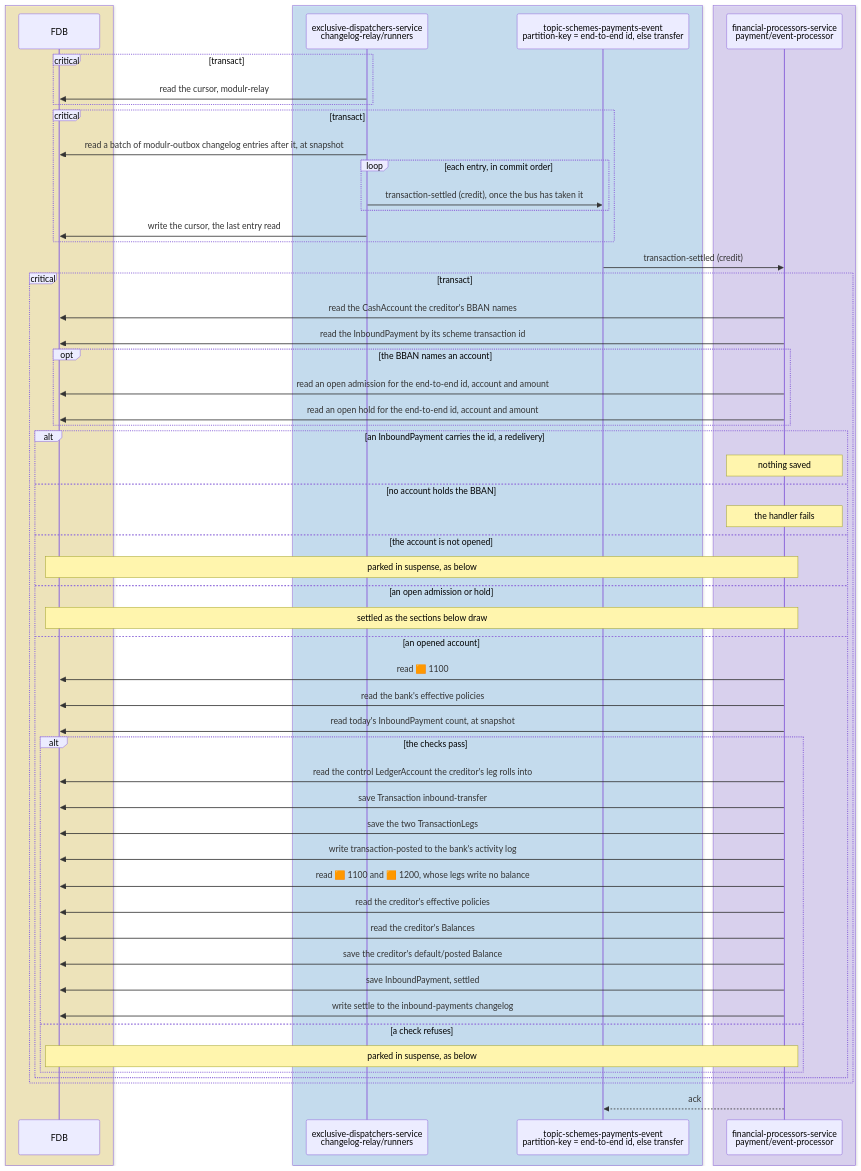
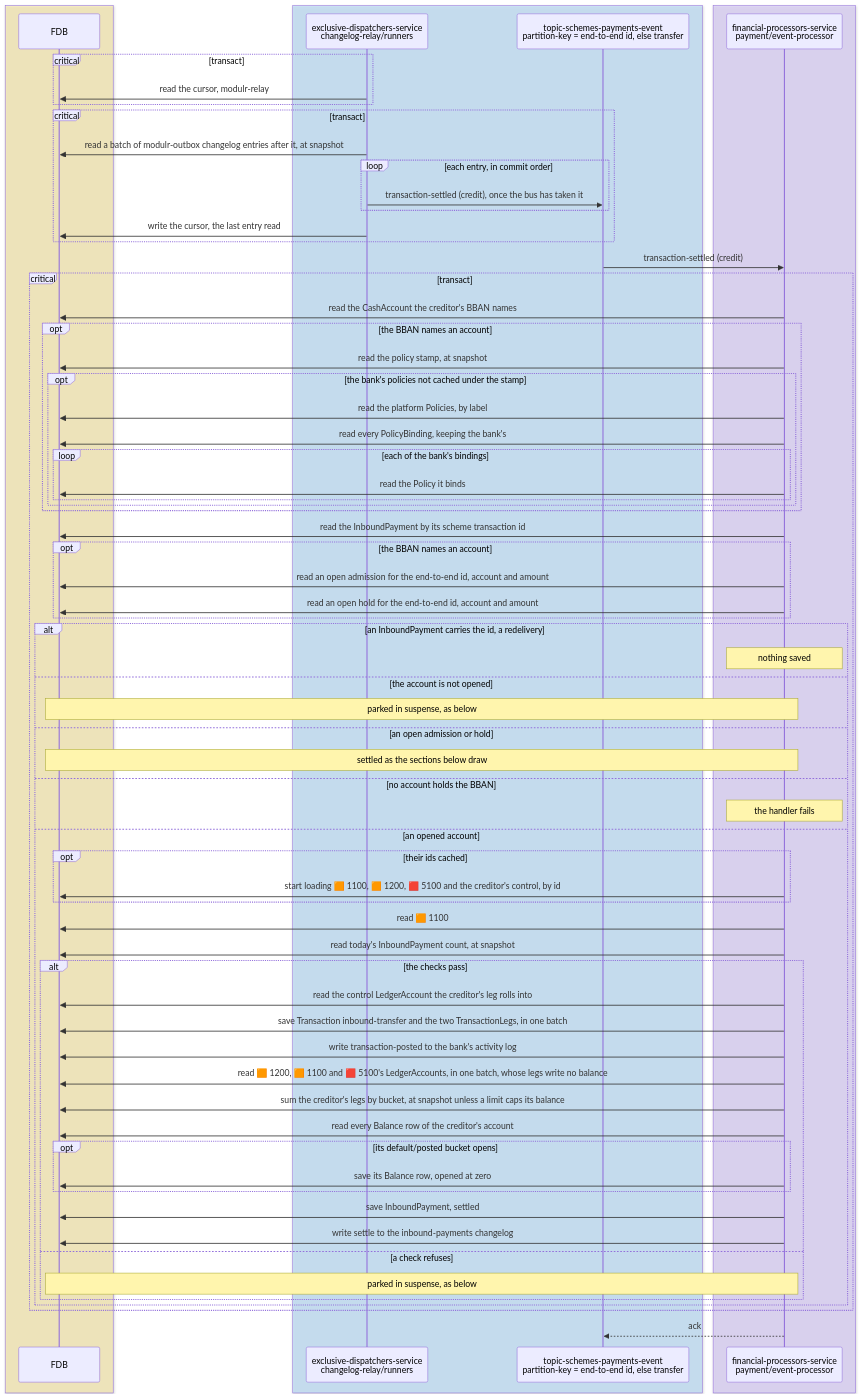
Before and after one commit to repldriven/queenswood: the third of 15 diagrams in docs/tdd/payments-inbound.md, drawn with Mermaid. The commit also changed other lines of this file and 2 other files, not shown here.

Commit message:
Draw each payment flow's FDB calls as the code makes them: balances summed from legs and a row saved only where a bucket opens, batched reads and saves, the policy stamp and the ledger account id cache, and the intent poller's limited reads, rounds and concurrent reconciles

````diff
--- a/docs/tdd/payments-inbound.md
+++ b/docs/tdd/payments-inbound.md
@@ -149,60 +152,73 @@
 ```mermaid
 sequenceDiagram
     box rgba(255, 236, 153, 0.5)
     participant DB as FDB
     end
     box rgba(165, 216, 255, 0.45)
     participant OR as exclusive-dispatchers-service<br/>changelog-relay/runners
     participant SE as topic-schemes-payments-event<br/>partition-key = end-to-end id, else transfer
     end
     box rgba(208, 191, 255, 0.45)
     participant PE as financial-processors-service<br/>payment/event-processor
     end
     critical transact
     OR->>DB: read the cursor, modulr-relay
     end
     critical transact
     OR->>DB: read a batch of modulr-outbox changelog entries after it, at snapshot
     loop each entry, in commit order
     OR->>SE: transaction-settled (credit), once the bus has taken it
     end
     OR->>DB: write the cursor, the last entry read
     end
     SE->>PE: transaction-settled (credit)
     critical transact
     PE->>DB: read the CashAccount the creditor's BBAN names
+    opt the BBAN names an account
+    PE->>DB: read the policy stamp, at snapshot
+    opt the bank's policies not cached under the stamp
+    PE->>DB: read the platform Policies, by label
+    PE->>DB: read every PolicyBinding, keeping the bank's
+    loop each of the bank's bindings
+    PE->>DB: read the Policy it binds
+    end
+    end
+    end
     PE->>DB: read the InboundPayment by its scheme transaction id
     opt the BBAN names an account
     PE->>DB: read an open admission for the end-to-end id, account and amount
     PE->>DB: read an open hold for the end-to-end id, account and amount
     end
     alt an InboundPayment carries the id, a redelivery
     Note over PE: nothing saved
-    else no account holds the BBAN
-    Note over PE: the handler fails
     else the account is not opened
     Note over PE,DB: parked in suspense, as below
     else an open admission or hold
     Note over PE,DB: settled as the sections below draw
+    else no account holds the BBAN
+    Note over PE: the handler fails
     else an opened account
+    opt their ids cached
+    PE->>DB: start loading 🟧 1100, 🟧 1200, 🟥 5100 and the creditor's control, by id
+    end
     PE->>DB: read 🟧 1100
-    PE->>DB: read the bank's effective policies
     PE->>DB: read today's InboundPayment count, at snapshot
     alt the checks pass
     PE->>DB: read the control LedgerAccount the creditor's leg rolls into
-    PE->>DB: save Transaction inbound-transfer
-    PE->>DB: save the two TransactionLegs
+    PE->>DB: save Transaction inbound-transfer and the two TransactionLegs, in one batch
     PE->>DB: write transaction-posted to the bank's activity log
-    PE->>DB: read 🟧 1100 and 🟧 1200, whose legs write no balance
-    PE->>DB: read the creditor's effective policies
-    PE->>DB: read the creditor's Balances
-    PE->>DB: save the creditor's default/posted Balance
+    PE->>DB: read 🟧 1200, 🟧 1100 and 🟥 5100's LedgerAccounts, in one batch, whose legs write no balance
+    PE->>DB: sum the creditor's legs by bucket, at snapshot unless a limit caps its balance
+    PE->>DB: read every Balance row of the creditor's account
+    opt its default/posted bucket opens
+    PE->>DB: save its Balance row, opened at zero
+    end
     PE->>DB: save InboundPayment, settled
     PE->>DB: write settle to the inbound-payments changelog
     else a check refuses
     Note over PE,DB: parked in suspense, as below
     end
     end
     end
     PE-->>SE: ack
 ```
````
